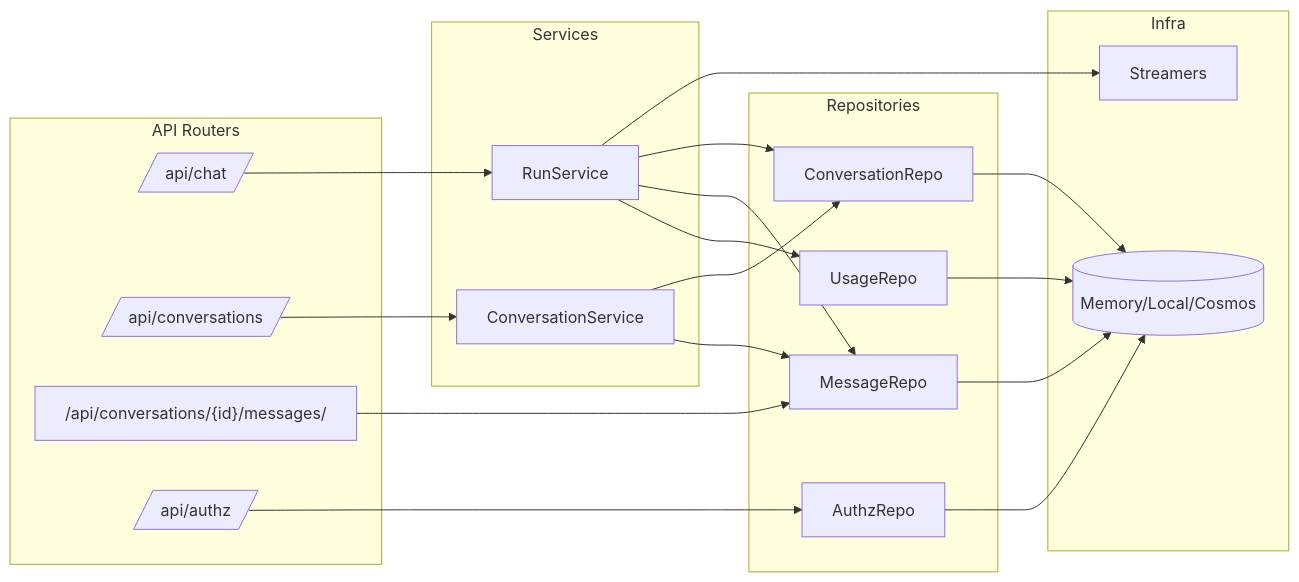
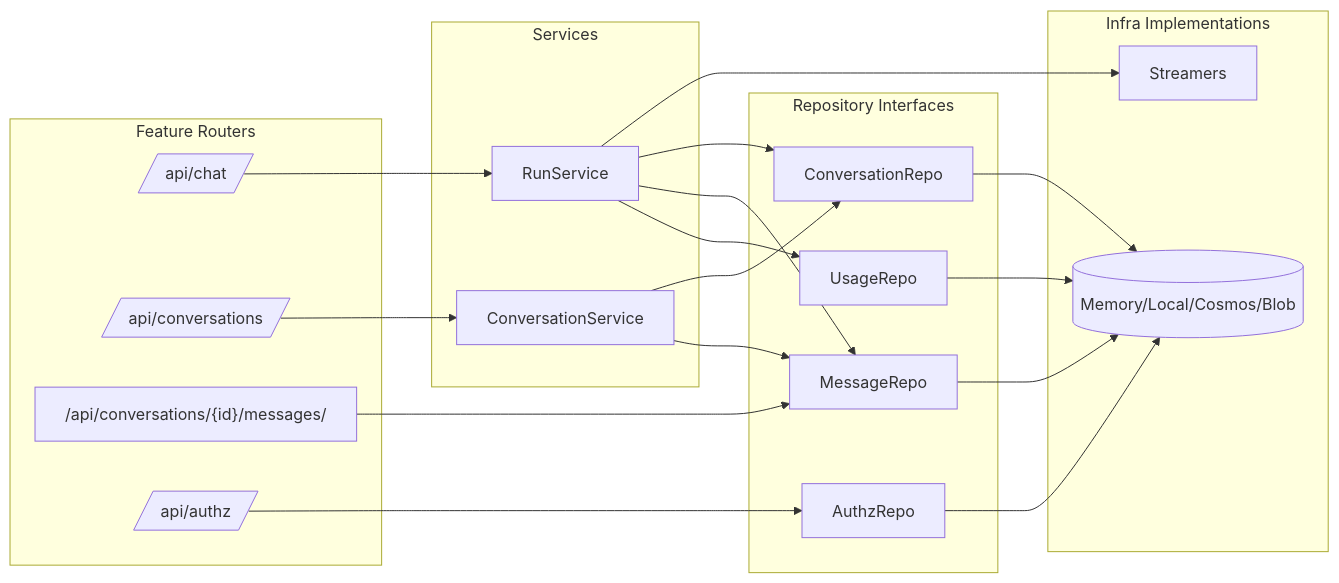
One commit to tsutsu3/ai-sdk-vite-fastapi-sample changed the second of 4 diagrams in docs/architecture-back.md. Above: the diagram before and after it, drawn with Mermaid. The commit also changed other lines of this file and 299 other files, not shown here.

````diff
--- a/docs/architecture-back.md
+++ b/docs/architecture-back.md
@@ -36,43 +43,43 @@
 ```mermaid
 flowchart LR
-  subgraph API[API Routers]
+  subgraph API[Feature Routers]
     Chat[/api/chat/]
     Convos[/api/conversations/]
     Messages["/api/conversations/{id}/messages/"]
     Authz[/api/authz/]
   end
 
   subgraph Services[Services]
     RunService
     ConversationService
   end
 
-  subgraph Repos[Repositories]
+  subgraph Repos[Repository Interfaces]
     AuthzRepo
     ConversationRepo
     MessageRepo
     UsageRepo
   end
 
-  subgraph Infra[Infra]
+  subgraph Infra[Infra Implementations]
     Streamers
-    Storage[(Memory/Local/Cosmos)]
+    Storage[(Memory/Local/Cosmos/Blob)]
   end
 
   Chat --> RunService
   Convos --> ConversationService
   Messages --> MessageRepo
   Authz --> AuthzRepo
 
   RunService --> Streamers
   RunService --> ConversationRepo
   RunService --> MessageRepo
   RunService --> UsageRepo
   ConversationService --> ConversationRepo
   ConversationService --> MessageRepo
 
   AuthzRepo --> Storage
   ConversationRepo --> Storage
   MessageRepo --> Storage
   UsageRepo --> Storage
 ```
````
